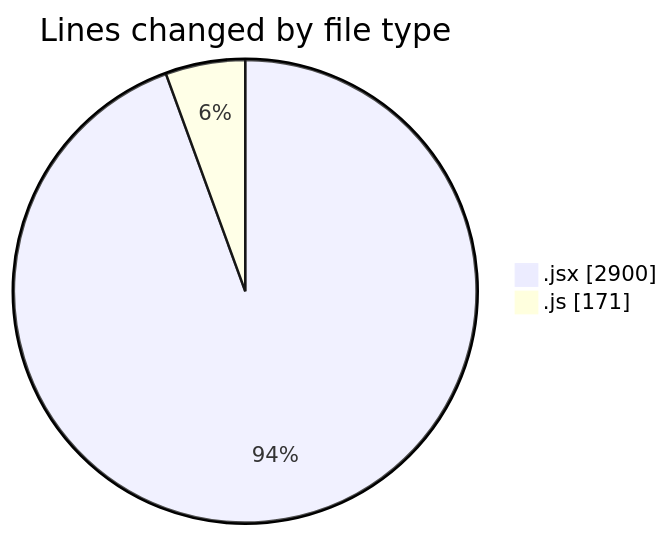
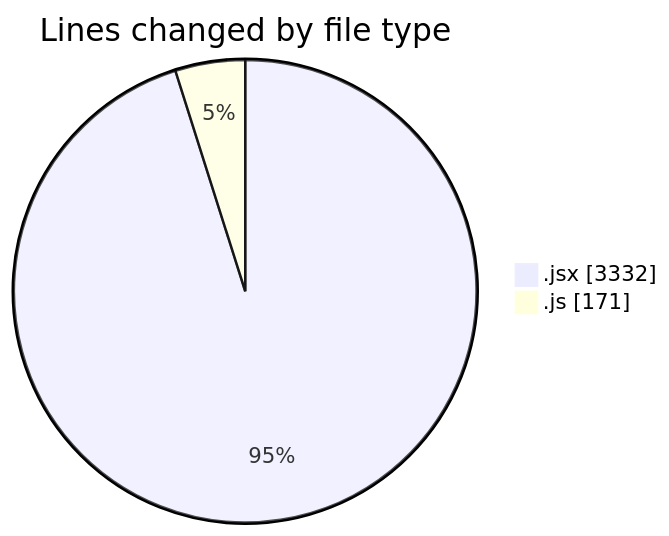
The first of 2 diagrams in 2025-07-09/argos/README.md (nxtqubesakshisongat/code-tracking), drawn with Mermaid before and after one commit. The commit also changed other lines of this file and 1 other file, not shown here.

````diff
--- a/2025-07-09/argos/README.md
+++ b/2025-07-09/argos/README.md
@@ -24,6 +24,6 @@
 ```mermaid
 pie showData
 title Lines changed by file type
-".jsx" : 2900
+".jsx" : 3332
 ".js" : 171
 ```
````
